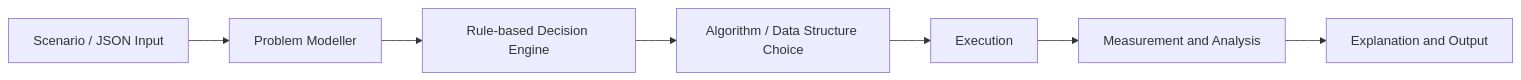
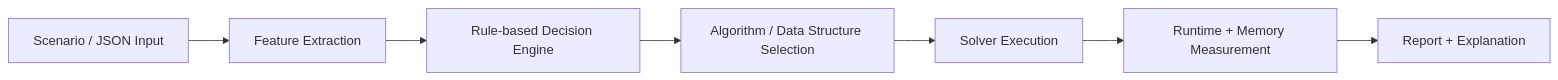
Before and after one commit to 093rjain-ro/Agentic_framework: the diagram in README.md, drawn with Mermaid. The commit also changed other lines of this file and 3 other files, not shown here.

````diff
--- a/README.md
+++ b/README.md
@@ -18,9 +24,9 @@
 ```mermaid
 flowchart LR
-    A[Scenario / JSON Input] --> B[Problem Modeller]
+    A[Scenario / JSON Input] --> B[Feature Extraction]
     B --> C[Rule-based Decision Engine]
-    C --> D[Algorithm / Data Structure Choice]
-    D --> E[Execution]
-    E --> F[Measurement and Analysis]
-    F --> G[Explanation and Output]
+    C --> D[Algorithm / Data Structure Selection]
+    D --> E[Solver Execution]
+    E --> F[Runtime + Memory Measurement]
+    F --> G[Report + Explanation]
 ```
````
